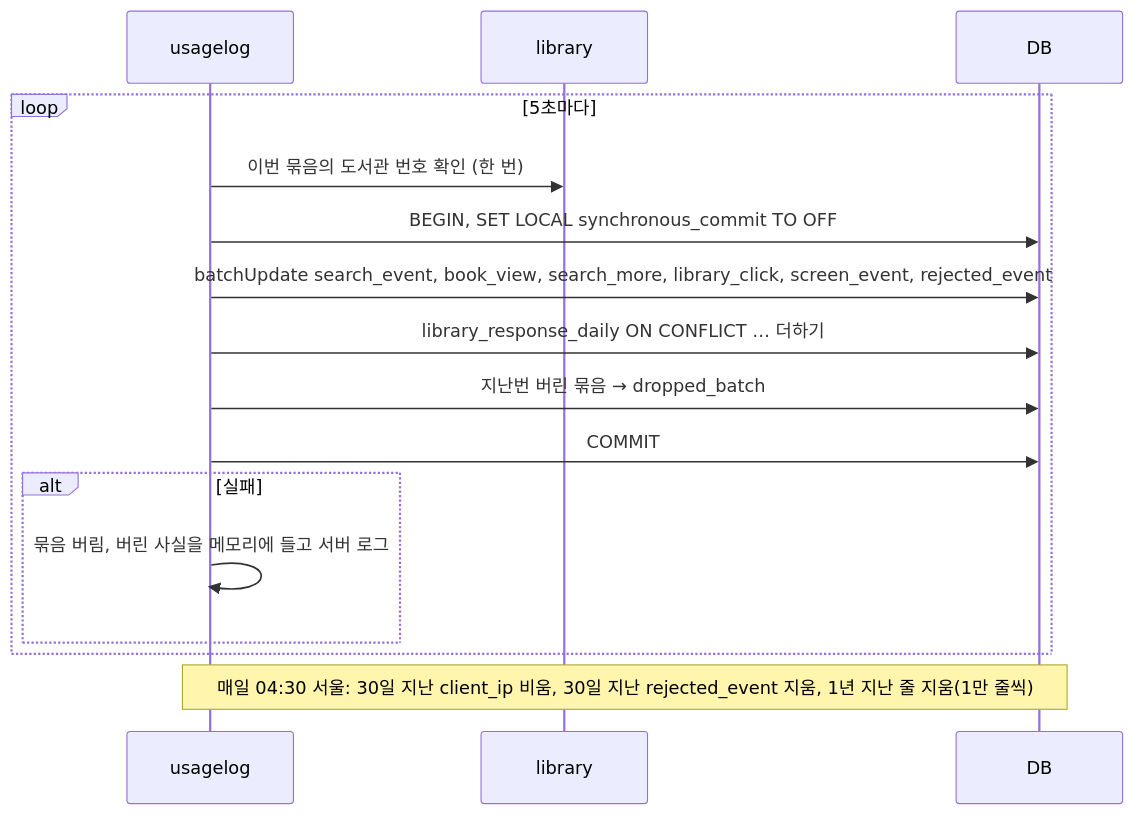
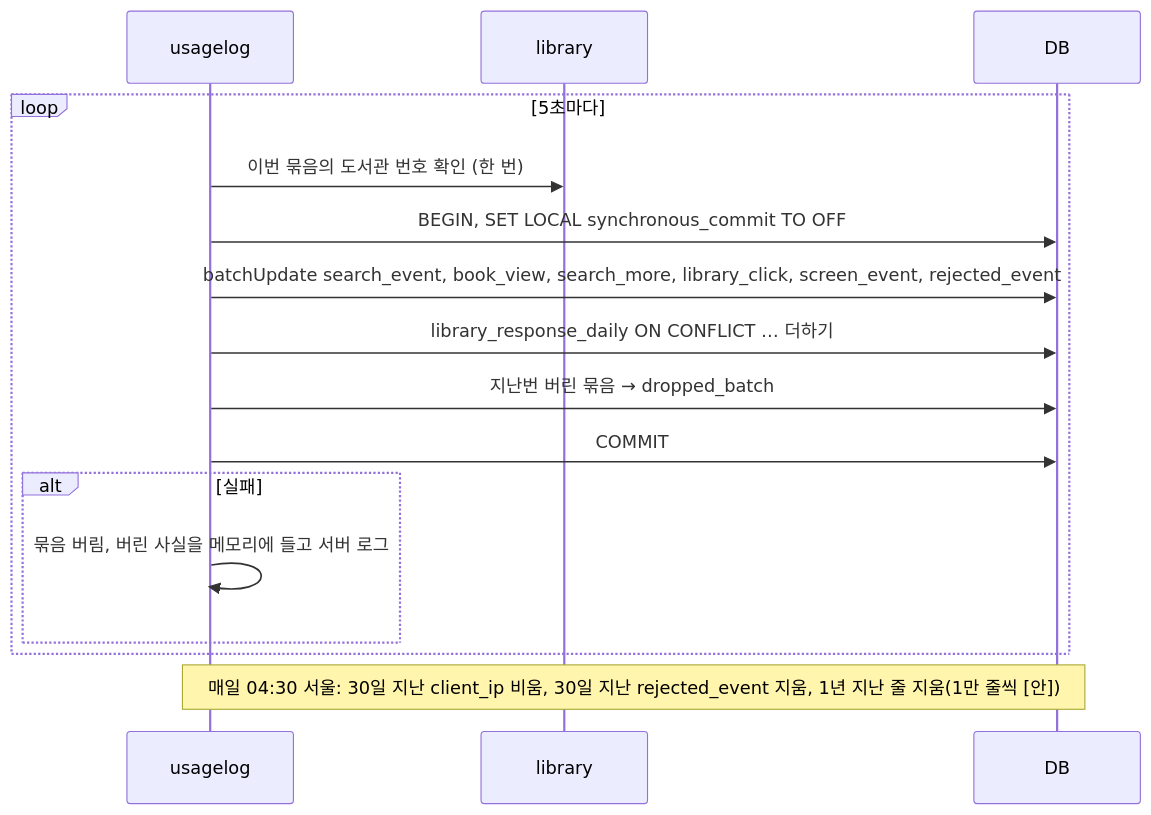
Before and after one commit to hodu-sketch/chaekcheck-plan: the fifth of 7 diagrams in docs/cycles/15-usage-log/design-delta.md, drawn with Mermaid. The commit also changed other lines of this file and 6 other files, not shown here.

````diff
--- a/docs/cycles/15-usage-log/design-delta.md
+++ b/docs/cycles/15-usage-log/design-delta.md
@@ -90,18 +90,18 @@
 ```mermaid
 sequenceDiagram
   participant U as usagelog
   participant L as library
   participant D as DB
   loop 5초마다
     U->>L: 이번 묶음의 도서관 번호 확인 (한 번)
     U->>D: BEGIN, SET LOCAL synchronous_commit TO OFF
     U->>D: batchUpdate search_event, book_view, search_more, library_click, screen_event, rejected_event
     U->>D: library_response_daily ON CONFLICT … 더하기
     U->>D: 지난번 버린 묶음 → dropped_batch
     U->>D: COMMIT
     alt 실패
       U->>U: 묶음 버림, 버린 사실을 메모리에 들고 서버 로그
     end
   end
-  Note over U,D: 매일 04:30 서울: 30일 지난 client_ip 비움, 30일 지난 rejected_event 지움, 1년 지난 줄 지움(1만 줄씩)
+  Note over U,D: 매일 04:30 서울: 30일 지난 client_ip 비움, 30일 지난 rejected_event 지움, 1년 지난 줄 지움(1만 줄씩 [안])
 ```
````
